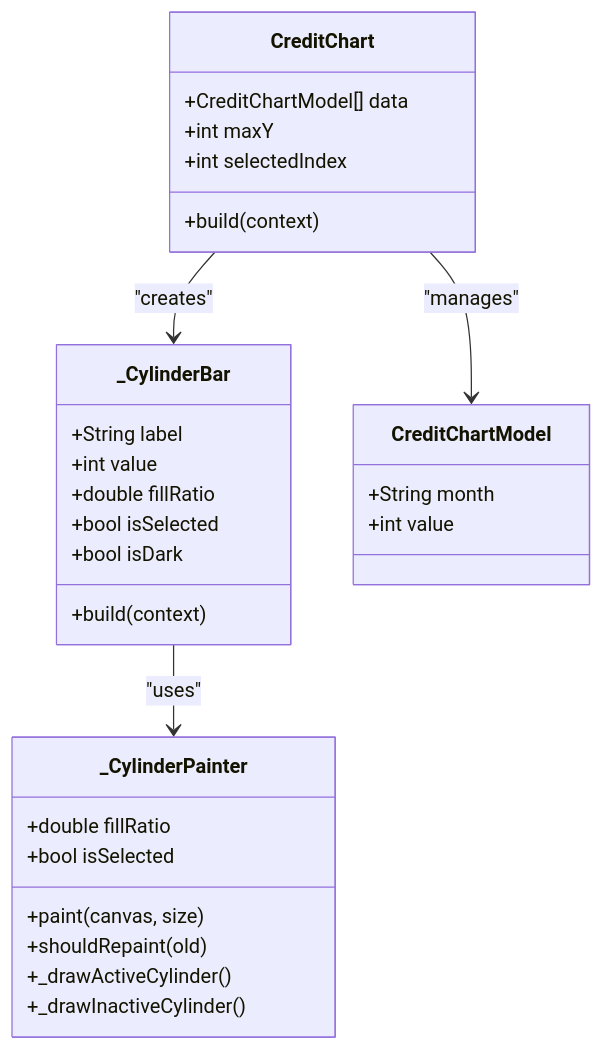
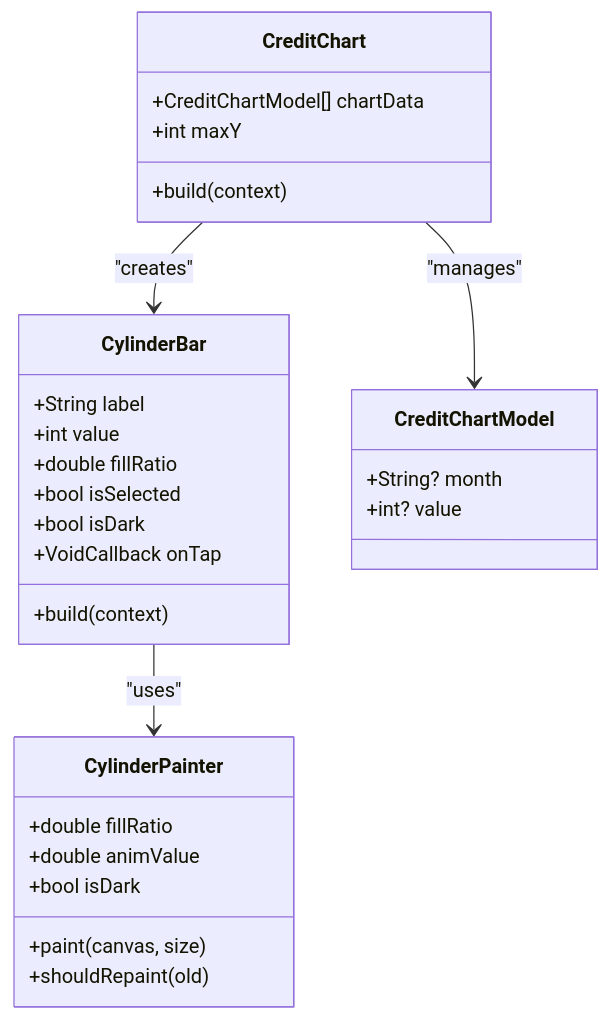
Before and after one commit to Ariful3111/FurniGo: diagram 11 of 15 in .qoder/repowiki/en/content/Core Features/User Profile Management/Credit Balance System.md, drawn with Mermaid. The commit also changed other lines of this file and 10 other files, not shown here.

````diff
--- a/.qoder/repowiki/en/content/Core Features/User Profile Management/Credit Balance System.md
+++ b/.qoder/repowiki/en/content/Core Features/User Profile Management/Credit Balance System.md
@@ -465,32 +512,31 @@
 ```mermaid
 classDiagram
 class CreditChart {
-+CreditChartModel[] data
++CreditChartModel[] chartData
 +int maxY
-+int selectedIndex
 +build(context)
 }
-class _CylinderBar {
+class CylinderBar {
 +String label
 +int value
 +double fillRatio
 +bool isSelected
 +bool isDark
++VoidCallback onTap
 +build(context)
 }
-class _CylinderPainter {
+class CylinderPainter {
 +double fillRatio
-+bool isSelected
++double animValue
++bool isDark
 +paint(canvas, size)
 +shouldRepaint(old)
-+_drawActiveCylinder()
-+_drawInactiveCylinder()
 }
 class CreditChartModel {
-+String month
-+int value
++String? month
++int? value
 }
-CreditChart --> _CylinderBar : "creates"
-_CylinderBar --> _CylinderPainter : "uses"
+CreditChart --> CylinderBar : "creates"
+CylinderBar --> CylinderPainter : "uses"
 CreditChart --> CreditChartModel : "manages"
 ```
````
